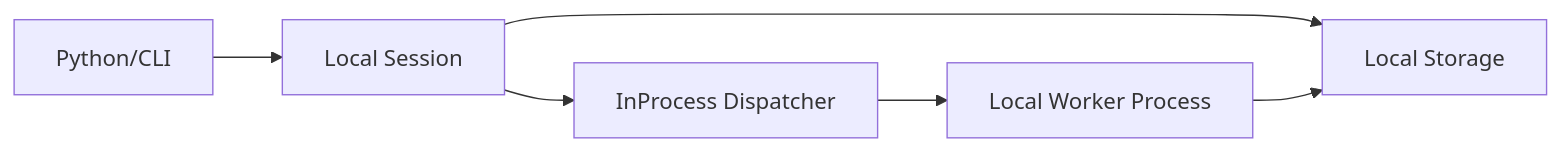
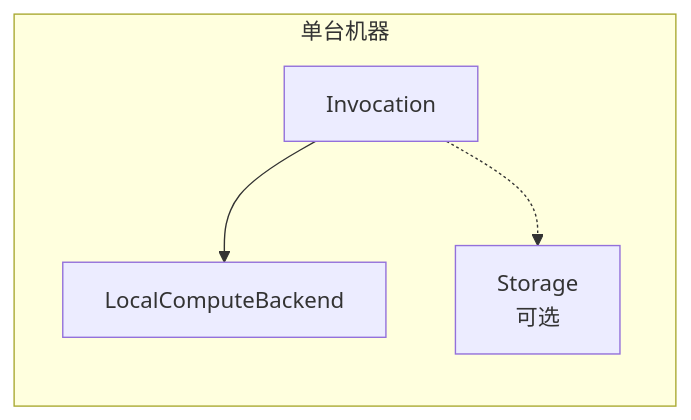
The sixth of 10 diagrams in V31design/designV31/DESIGN_ARCH_V31.md (RESBI/StockStatistic), drawn with Mermaid before and after one commit. The commit also changed other lines of this file and 27 other files, not shown here.

First line of the commit message:
Overwrite V31design with finalized V3.1 architecture docs + implementation reports

````diff
--- a/V31design/designV31/DESIGN_ARCH_V31.md
+++ b/V31design/designV31/DESIGN_ARCH_V31.md
@@ -361,8 +504,10 @@
 ```mermaid
-flowchart LR
-    U[Python/CLI] --> L[Local Session]
-    L --> D[InProcess Dispatcher]
-    L --> S[Local Storage]
-    D --> W[Local Worker Process]
-    W --> S
+graph LR
+    subgraph "单台机器"
+        I[Invocation]
+        L[LocalComputeBackend]
+        S[Storage<br/>可选]
+    end
+    I --> L
+    I -.-> S
 ```
````
